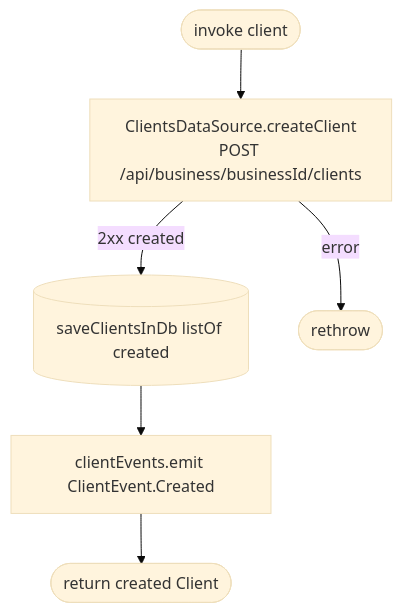
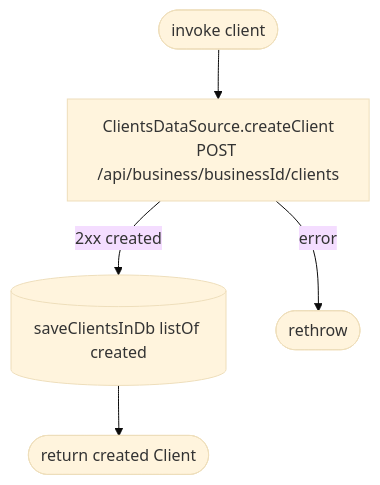
One commit to nocturneproperties/bookkme-client changed the diagram in docs/operations/clients/create-client.md. Above: the diagram before and after it, drawn with Mermaid (base theme). The commit also changed other lines of this file and 169 other files, not shown here.

````diff
--- a/docs/operations/clients/create-client.md
+++ b/docs/operations/clients/create-client.md
@@ -11,8 +11,7 @@
 ```mermaid
 flowchart TD
     Start([invoke client]) --> Net[ClientsDataSource.createClient<br/>POST /api/business/businessId/clients]
     Net -- 2xx created --> Save[(saveClientsInDb listOf created)]
-    Save --> Emit[clientEvents.emit ClientEvent.Created]
-    Emit --> R([return created Client])
+    Save --> R([return created Client])
     Net -- error --> EX([rethrow])
 ```
````
